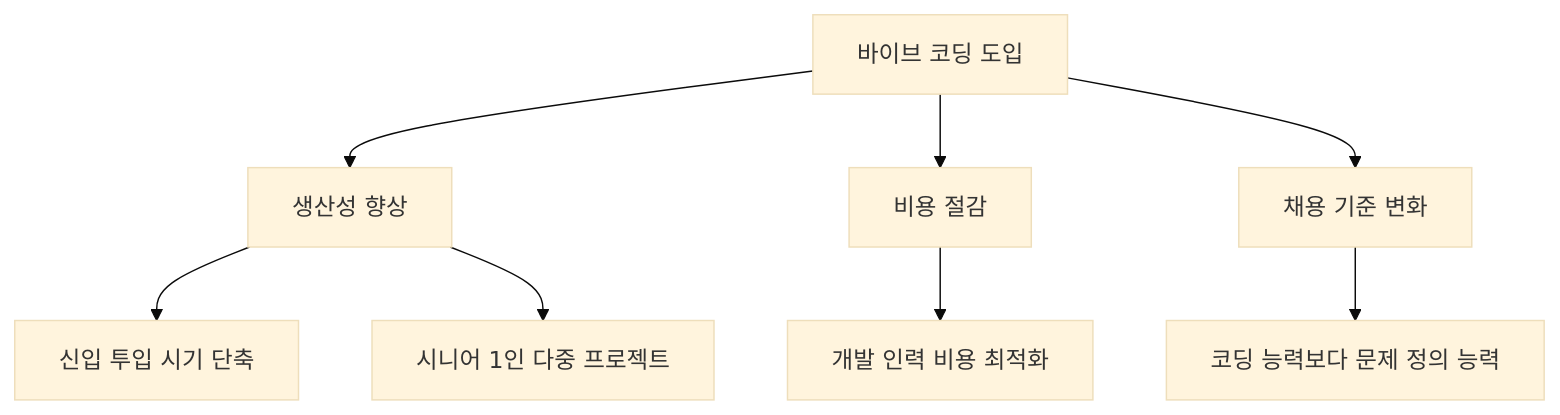
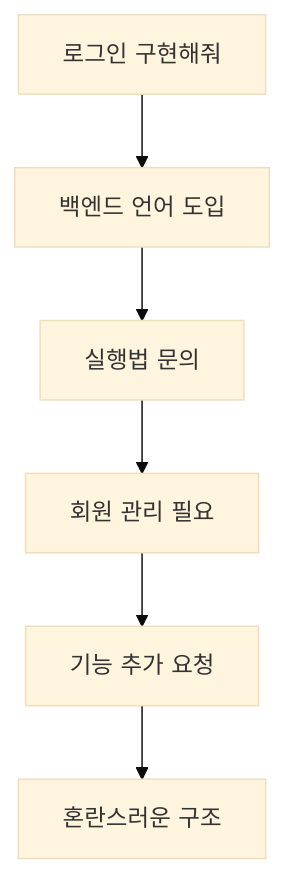
One commit to nugurejeil/weniVooks changed the third of 5 diagrams in _md/essentials-vibecoding/chapter01/01-4.md. Above: the diagram before and after it, drawn with Mermaid (base theme). The commit also changed other lines of this file and 5 other files, not shown here.

````diff
--- a/_md/essentials-vibecoding/chapter01/01-4.md
+++ b/_md/essentials-vibecoding/chapter01/01-4.md
@@ -50,11 +71,8 @@
 ```mermaid
 flowchart TD
-    A["바이브 코딩 도입"] --> B["생산성 향상"]
-    A --> C["비용 절감"]
-    A --> D["채용 기준 변화"]
-
-    B --> B1["신입 투입 시기 단축"]
-    B --> B2["시니어 1인 다중 프로젝트"]
-    C --> C1["개발 인력 비용 최적화"]
-    D --> D1["코딩 능력보다 문제 정의 능력"]
+    A["로그인 구현해줘"] --> B["백엔드 언어 도입"]
+    B --> C["실행법 문의"]
+    C --> D["회원 관리 필요"]
+    D --> E["기능 추가 요청"]
+    E --> F["혼란스러운 구조"]
 ```
````
